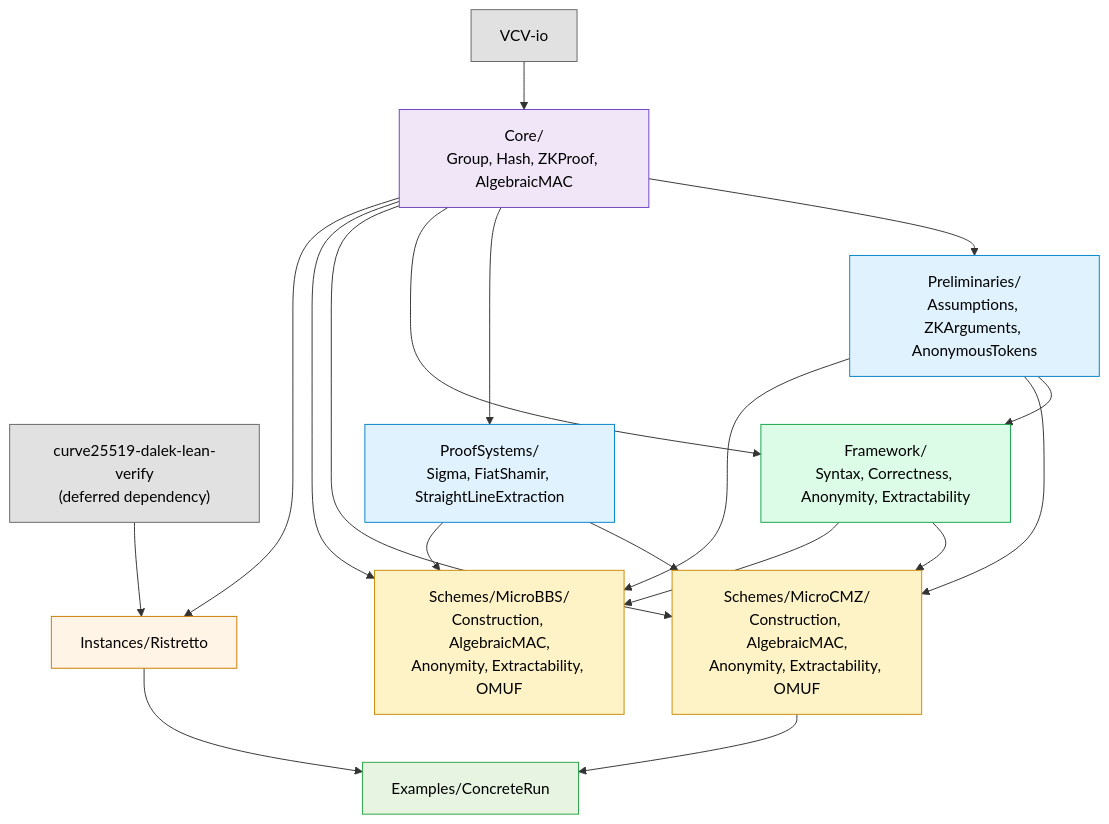
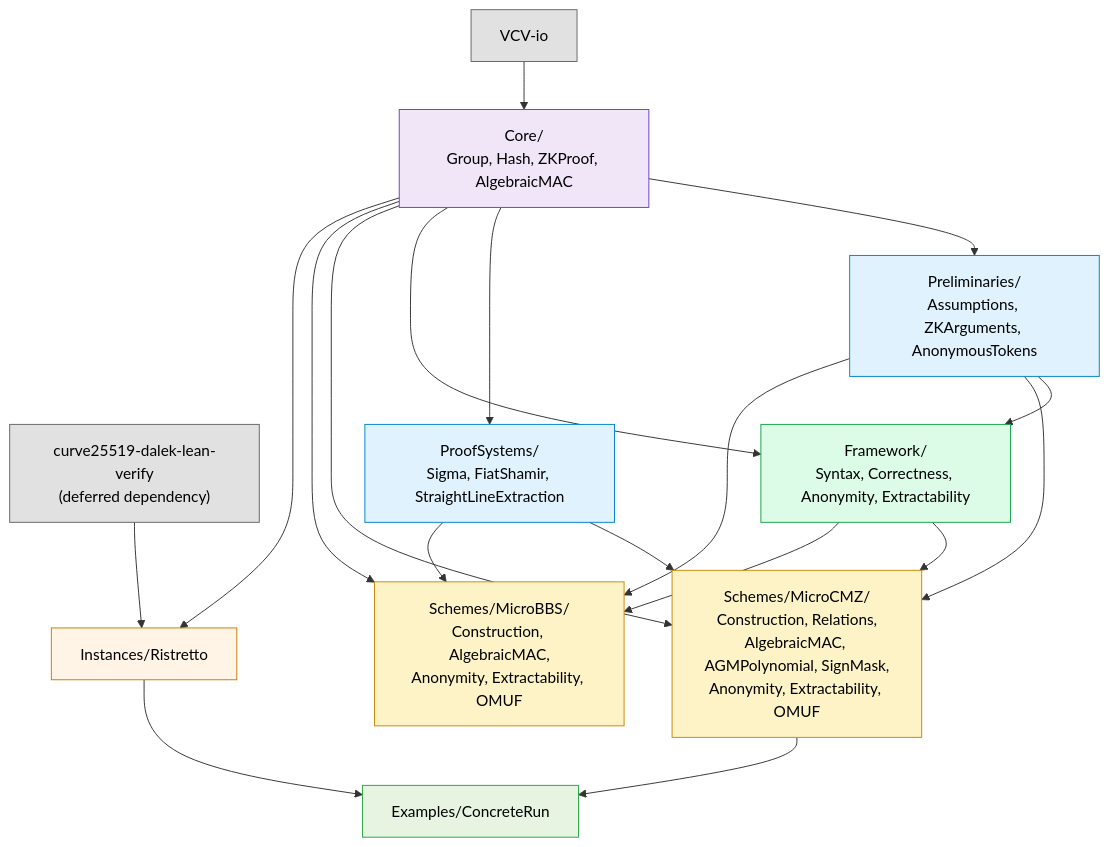
The diagram in docs/PLAN.md (Beneficial-AI-Foundation/KeyedVerificationAnonymousCredential-model), drawn with Mermaid before and after one commit. The commit also changed other lines of this file and 7 other files, not shown here.

````diff
--- a/docs/PLAN.md
+++ b/docs/PLAN.md
@@ -128,52 +137,52 @@
 ```mermaid
 graph TD
   VCVio["VCV-io"]:::ext
   Dalek["curve25519-dalek-lean-verify<br/>(deferred dependency)"]:::ext
 
   Core["Core/<br/>Group, Hash, ZKProof, AlgebraicMAC"]:::core
 
   Pre["Preliminaries/<br/>Assumptions, ZKArguments, AnonymousTokens"]:::pre
   PS["ProofSystems/<br/>Sigma, FiatShamir, StraightLineExtraction"]:::pre
 
   FW["Framework/<br/>Syntax, Correctness, Anonymity, Extractability"]:::fw
 
-  CMZ["Schemes/MicroCMZ/<br/>Construction, AlgebraicMAC,<br/>Anonymity, Extractability, OMUF"]:::scheme
+  CMZ["Schemes/MicroCMZ/<br/>Construction, Relations,<br/>AlgebraicMAC, AGMPolynomial, SignMask,<br/>Anonymity, Extractability, OMUF"]:::scheme
   BBS["Schemes/MicroBBS/<br/>Construction, AlgebraicMAC,<br/>Anonymity, Extractability, OMUF"]:::scheme
 
   RTto["Instances/Ristretto"]:::inst
 
   Examples["Examples/ConcreteRun"]:::ex
 
   VCVio --> Core
 
   Core --> Pre
   Core --> PS
   Core --> FW
   Core --> CMZ
   Core --> BBS
   Core --> RTto
 
   Pre --> FW
   Pre --> CMZ
   Pre --> BBS
 
   PS --> CMZ
   PS --> BBS
 
   FW --> CMZ
   FW --> BBS
 
   CMZ --> Examples
 
   Dalek --> RTto
 
   RTto --> Examples
 
   classDef ext fill:#e1e1e1,stroke:#666,color:#000
   classDef core fill:#f0e6f7,stroke:#6f42c1,color:#000
   classDef pre fill:#e0f2fe,stroke:#0284c7,color:#000
   classDef fw fill:#dcfce7,stroke:#16a34a,color:#000
   classDef scheme fill:#fef3c7,stroke:#ca8a04,color:#000
   classDef inst fill:#fff4e6,stroke:#cc7a00,color:#000
   classDef ex fill:#e6f4e1,stroke:#28a745,color:#000
 ```
````
